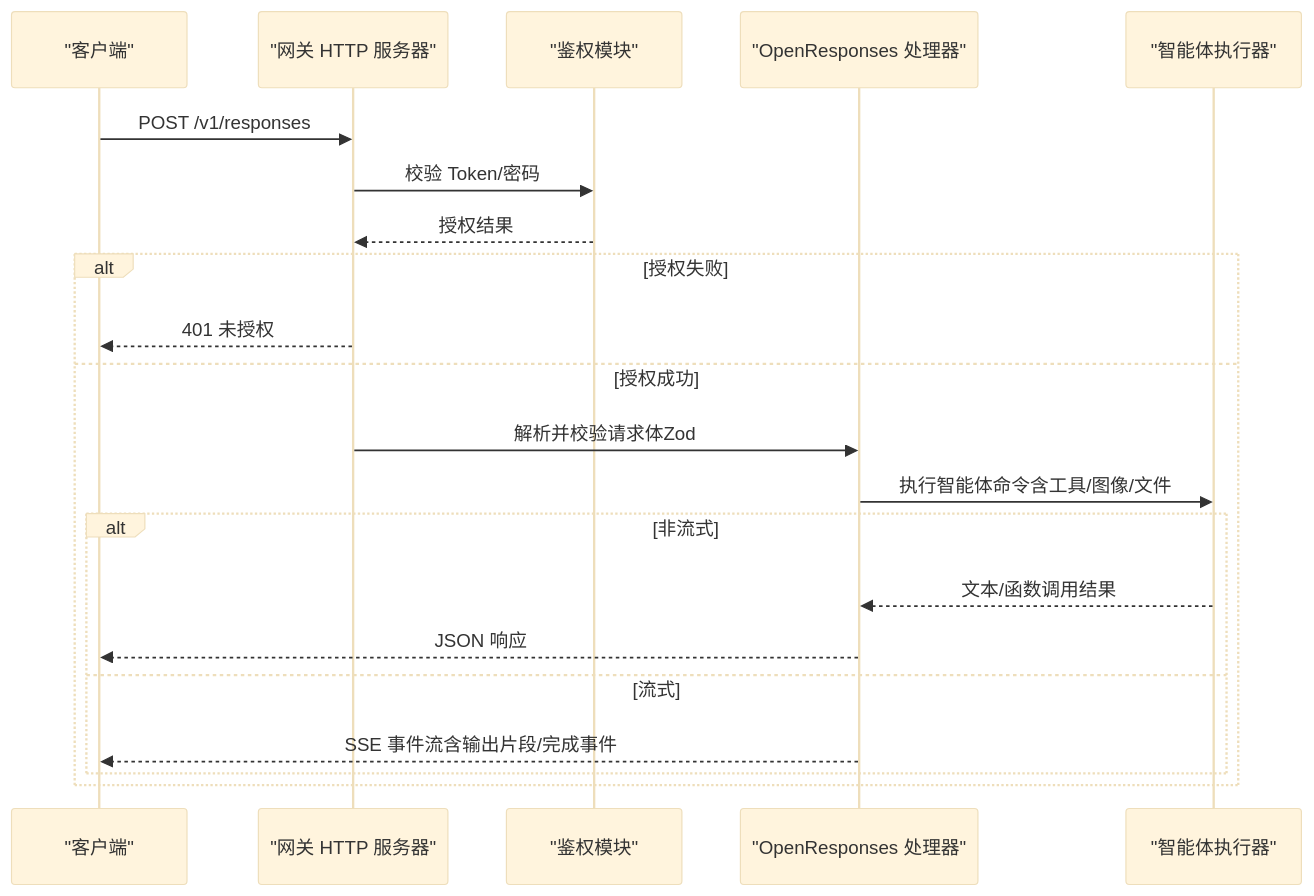
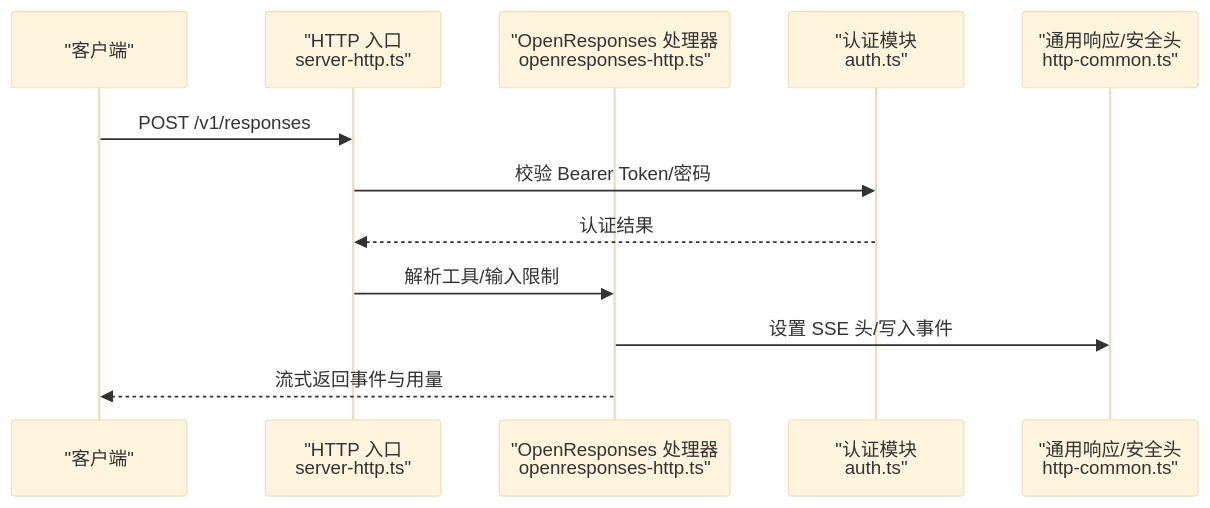
Before and after one commit to HACK-WU/openclaw: the fifth of 6 diagrams in .qoder/repowiki/zh/content/API参考/HTTP API.md, drawn with Mermaid (base theme). The commit also changed other lines of this file and 549 other files, not shown here.

````diff
--- a/.qoder/repowiki/zh/content/API参考/HTTP API.md
+++ b/.qoder/repowiki/zh/content/API参考/HTTP API.md
@@ -211,23 +350,14 @@
 ```mermaid
 sequenceDiagram
 participant Client as "客户端"
-participant Server as "网关 HTTP 服务器"
-participant Auth as "鉴权模块"
-participant OR as "OpenResponses 处理器"
-participant Agent as "智能体执行器"
-Client->>Server : POST /v1/responses
-Server->>Auth : 校验 Token/密码
-Auth-->>Server : 授权结果
-alt 授权失败
-Server-->>Client : 401 未授权
-else 授权成功
-Server->>OR : 解析并校验请求体Zod
-OR->>Agent : 执行智能体命令含工具/图像/文件
-alt 非流式
-Agent-->>OR : 文本/函数调用结果
-OR-->>Client : JSON 响应
-else 流式
-OR-->>Client : SSE 事件流含输出片段/完成事件
-end
-end
+participant HTTP as "HTTP 入口<br/>server-http.ts"
+participant OR as "OpenResponses 处理器<br/>openresponses-http.ts"
+participant Auth as "认证模块<br/>auth.ts"
+participant Common as "通用响应/安全头<br/>http-common.ts"
+Client->>HTTP : POST /v1/responses
+HTTP->>Auth : 校验 Bearer Token/密码
+Auth-->>HTTP : 认证结果
+HTTP->>OR : 解析工具/输入限制
+OR->>Common : 设置 SSE 头/写入事件
+OR-->>Client : 流式返回事件与用量
 ```
````
